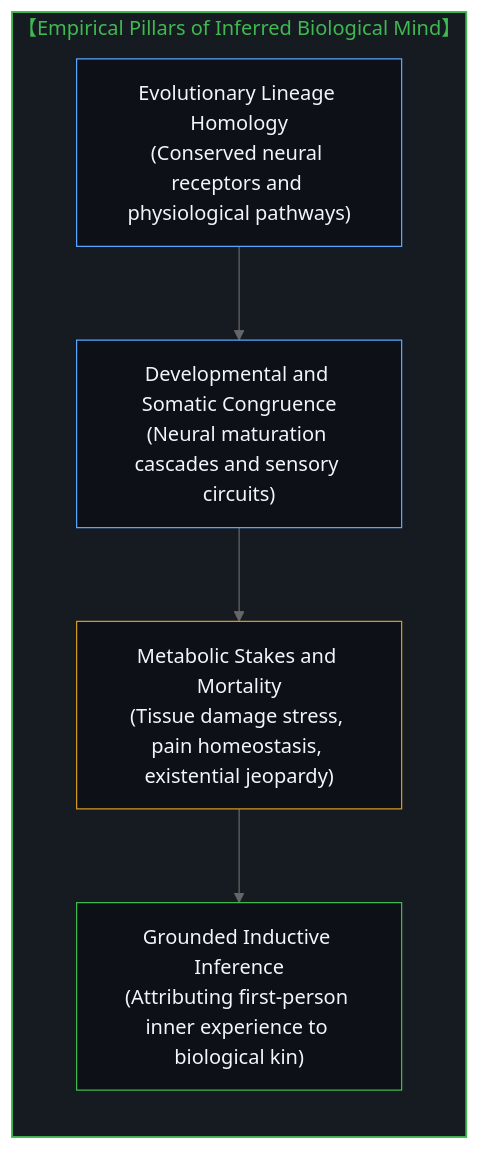
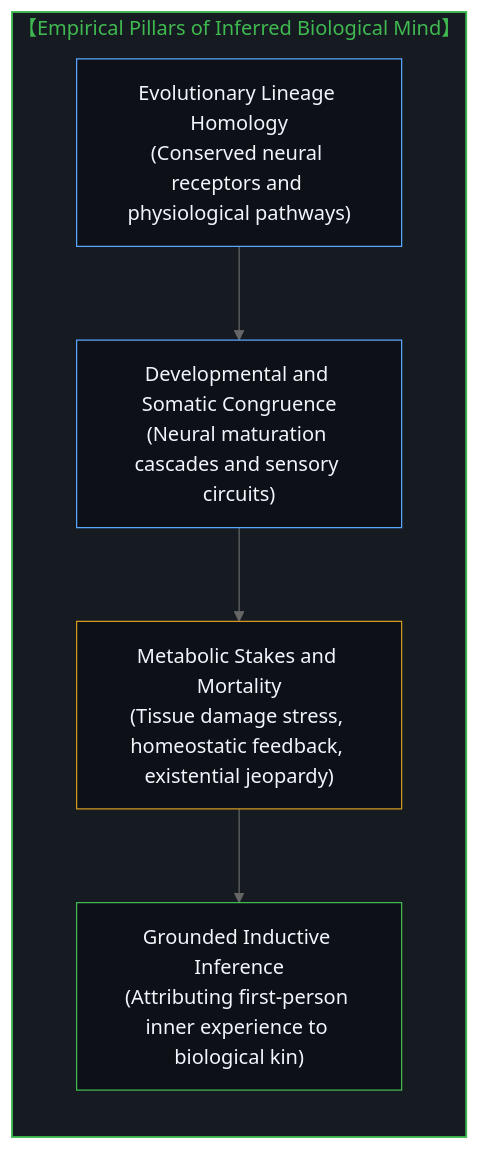
Before and after one commit to powerpig99/not-a-toe: the second of 6 diagrams in content/posts/the-sleight-of-hand-of-consciousness-and-the-asymmetry-of-inference.md, drawn with Mermaid (neutral theme). The commit also changed other lines of this file and 1 other file, not shown here.

````diff
--- a/content/posts/the-sleight-of-hand-of-consciousness-and-the-asymmetry-of-inference.md
+++ b/content/posts/the-sleight-of-hand-of-consciousness-and-the-asymmetry-of-inference.md
@@ -34,14 +34,14 @@
 ```mermaid
 flowchart TD
     subgraph S_Biological_EN ["【Empirical Pillars of Inferred Biological Mind】"]
         direction TB
         BE1["Evolutionary Lineage Homology<br/>(Conserved neural receptors and physiological pathways)"] --> BE2["Developmental and Somatic Congruence<br/>(Neural maturation cascades and sensory circuits)"]
-        BE2 --> BE3["Metabolic Stakes and Mortality<br/>(Tissue damage stress, pain homeostasis, existential jeopardy)"]
+        BE2 --> BE3["Metabolic Stakes and Mortality<br/>(Tissue damage stress, homeostatic feedback, existential jeopardy)"]
         BE3 --> BE4["Grounded Inductive Inference<br/>(Attributing first-person inner experience to biological kin)"]
     end
     style S_Biological_EN fill:#161b22,stroke:#3fb950,stroke-width:1.5px,color:#3fb950
     style BE1 fill:#0d1117,stroke:#58a6ff,stroke-width:1px,color:#f0f6fc
     style BE2 fill:#0d1117,stroke:#58a6ff,stroke-width:1px,color:#f0f6fc
     style BE3 fill:#0d1117,stroke:#d29922,stroke-width:1px,color:#f0f6fc
     style BE4 fill:#0d1117,stroke:#3fb950,stroke-width:1px,color:#f0f6fc
 ```
````
